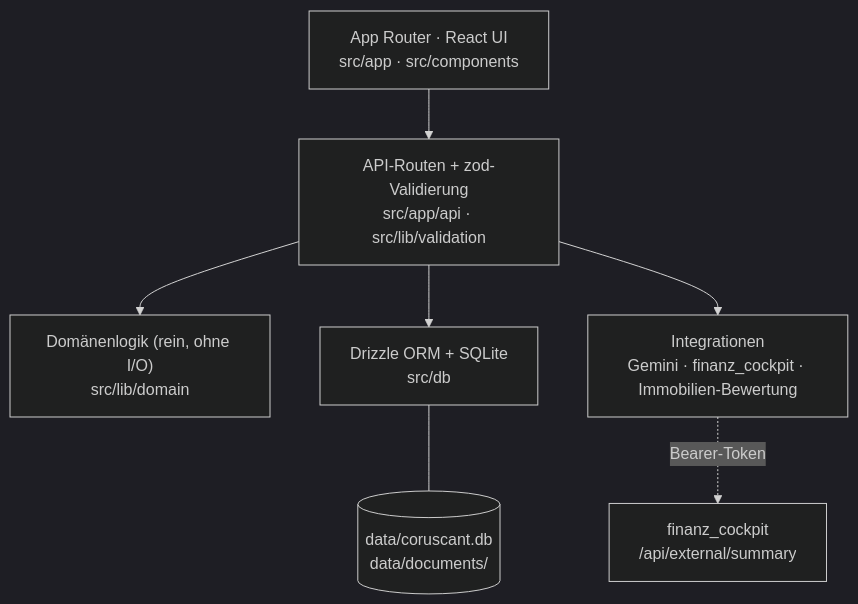
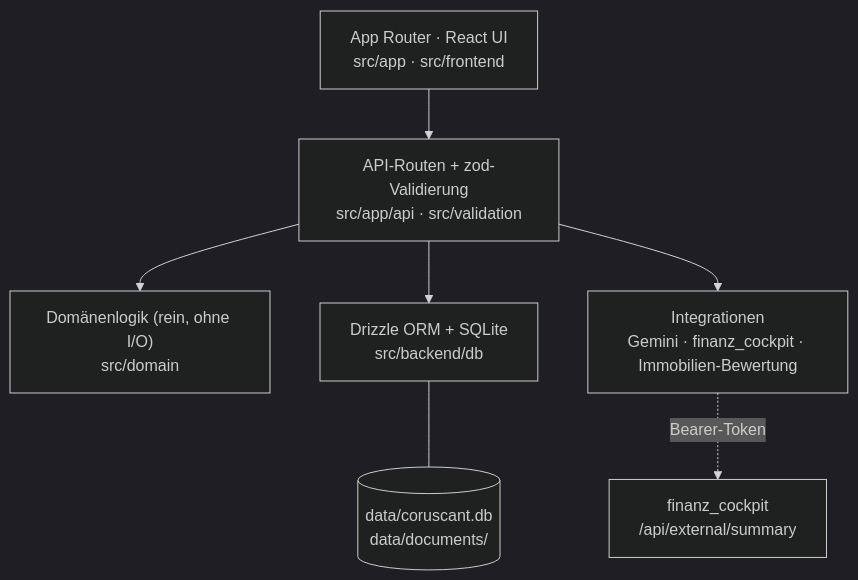
One commit to timopeters-dev/Coruscant changed the diagram in README.md. Above: the diagram before and after it, drawn with Mermaid (dark theme). The commit also changed other lines of this file and 7 other files, not shown here.

Commit message:
docs: Struktur und Schichten (ARCHITECTURE §4), Pfade in AGENTS, SPEC, Design-System, README und Workflows

````diff
--- a/README.md
+++ b/README.md
@@ -80,9 +80,9 @@
 ```mermaid
 flowchart TB
-    UI["App Router · React UI<br/>src/app · src/components"] --> API["API-Routen + zod-Validierung<br/>src/app/api · src/lib/validation"]
-    API --> DOM["Domänenlogik (rein, ohne I/O)<br/>src/lib/domain"]
-    API --> DB["Drizzle ORM + SQLite<br/>src/db"]
+    UI["App Router · React UI<br/>src/app · src/frontend"] --> API["API-Routen + zod-Validierung<br/>src/app/api · src/validation"]
+    API --> DOM["Domänenlogik (rein, ohne I/O)<br/>src/domain"]
+    API --> DB["Drizzle ORM + SQLite<br/>src/backend/db"]
     API --> INT["Integrationen<br/>Gemini · finanz_cockpit · Immobilien-Bewertung"]
     DB --- FILES[("data/coruscant.db<br/>data/documents/")]
     INT -. "Bearer-Token" .-> FC["finanz_cockpit<br/>/api/external/summary"]
 ```
````
